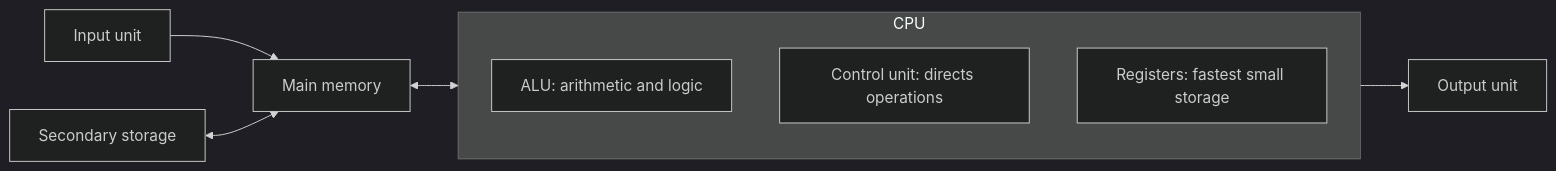
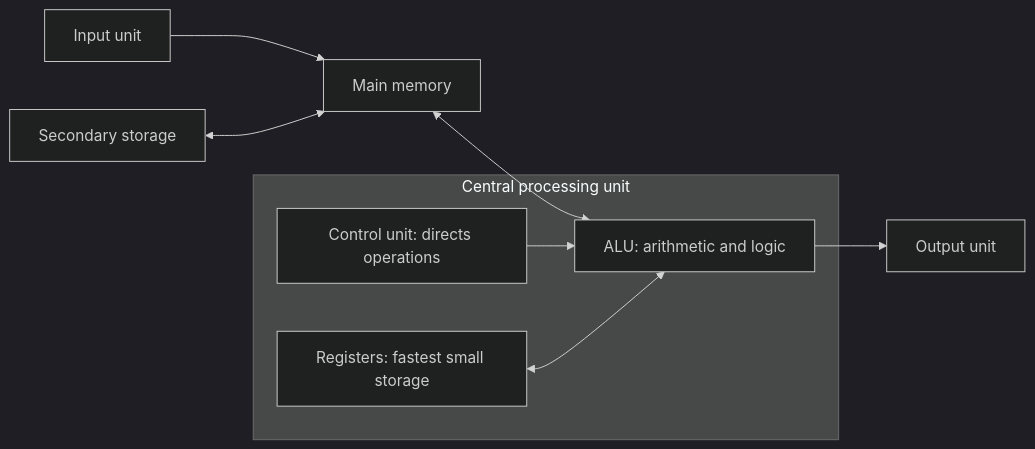
Before and after one commit to kavinash0310/cs-fundamentals: the second of 7 diagrams in subjects/computer-fundamentals-ict.md, drawn with Mermaid (dark theme). The commit also changed other lines of this file, not shown here.

Commit message:
Correct number conversion and CPU diagrams

```diff
--- a/subjects/computer-fundamentals-ict.md
+++ b/subjects/computer-fundamentals-ict.md
@@ -92,12 +92,12 @@
 ~~~mermaid
 flowchart LR
     IN[Input unit] --> MEM[Main memory]
-    MEM <--> CPU[CPU]
-    CPU --> OUT[Output unit]
+    MEM <--> ALU[ALU: arithmetic and logic]
+    ALU --> OUT[Output unit]
     SEC[Secondary storage] <--> MEM
-    subgraph CPU
-      ALU[ALU: arithmetic and logic]
-      CU[Control unit: directs operations]
-      REG[Registers: fastest small storage]
+    subgraph CPU[Central processing unit]
+      ALU
+      CU[Control unit: directs operations] --> ALU
+      REG[Registers: fastest small storage] <--> ALU
     end
 ~~~
```
